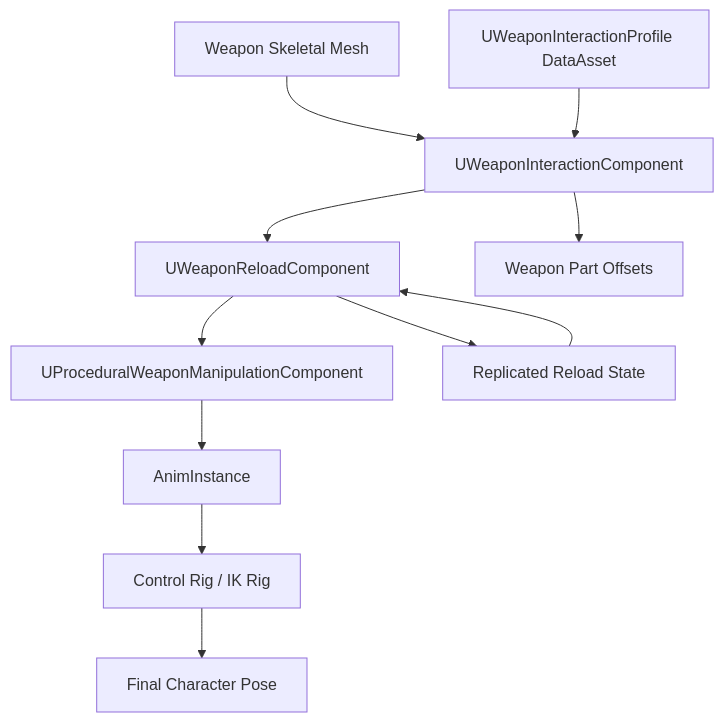
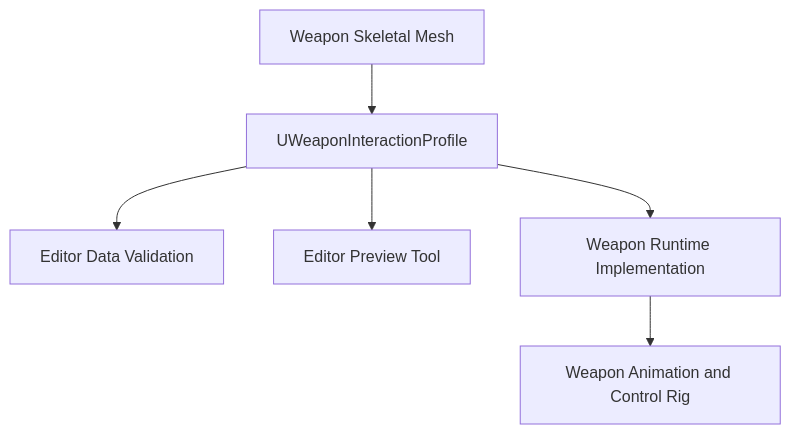
One commit to o-codify/HumanLocomotionSpecificationDocs changed the first of 2 diagrams in docs/12-weapon-interaction/weapon-interaction-profile-ue.md. Above: the diagram before and after it, drawn with Mermaid. The commit also changed other lines of this file, not shown here.

Commit message:
Deduplicate UE profile document and keep it focused on DataAsset authoring and validation

````diff
--- a/docs/12-weapon-interaction/weapon-interaction-profile-ue.md
+++ b/docs/12-weapon-interaction/weapon-interaction-profile-ue.md
@@ -23,22 +25,15 @@
 ```mermaid
 flowchart TD
-    WeaponMesh[Weapon Skeletal Mesh]
-    Profile[UWeaponInteractionProfile DataAsset]
-    Interaction[UWeaponInteractionComponent]
-    Reload[UWeaponReloadComponent]
-    Manip[UProceduralWeaponManipulationComponent]
-    Anim[AnimInstance]
-    Rig[Control Rig / IK Rig]
-    Net[Replicated Reload State]
+    Mesh[Weapon Skeletal Mesh]
+    Profile[UWeaponInteractionProfile]
+    Validation[Editor Data Validation]
+    Preview[Editor Preview Tool]
+    Runtime[Weapon Runtime Implementation]
+    Rig[Weapon Animation and Control Rig]
 
-    WeaponMesh --> Interaction
-    Profile --> Interaction
-    Interaction --> Reload
-    Reload --> Manip
-    Reload --> Net
-    Net --> Reload
-    Manip --> Anim
-    Anim --> Rig
-    Rig --> CharacterPose[Final Character Pose]
-    Interaction --> WeaponPose[Weapon Part Offsets]
+    Mesh --> Profile
+    Profile --> Validation
+    Profile --> Preview
+    Profile --> Runtime
+    Runtime --> Rig
 ```
````
